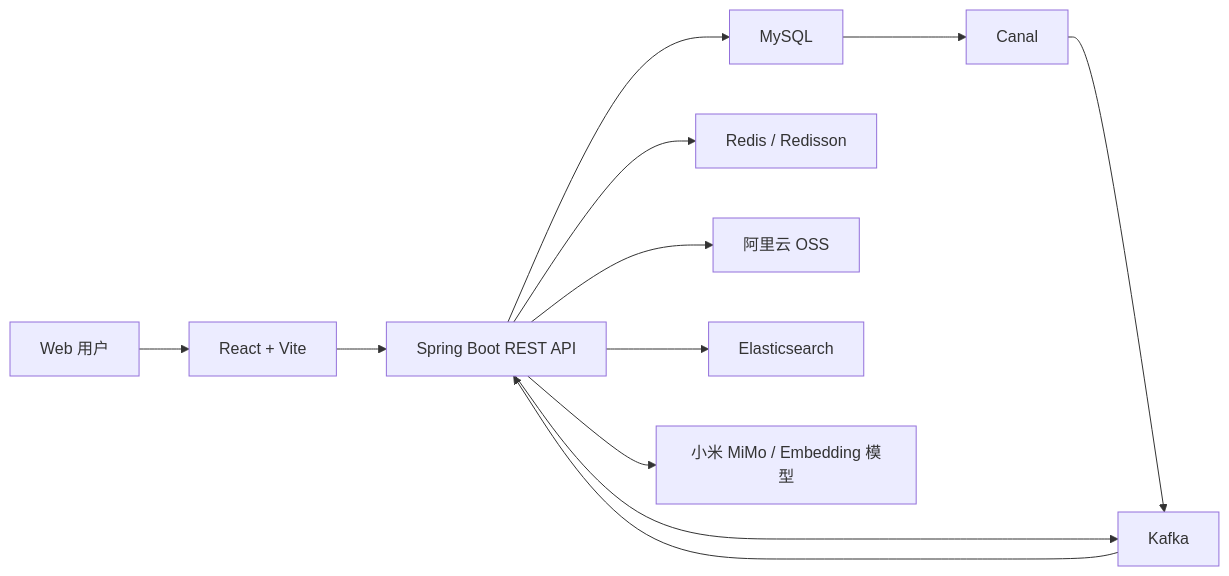
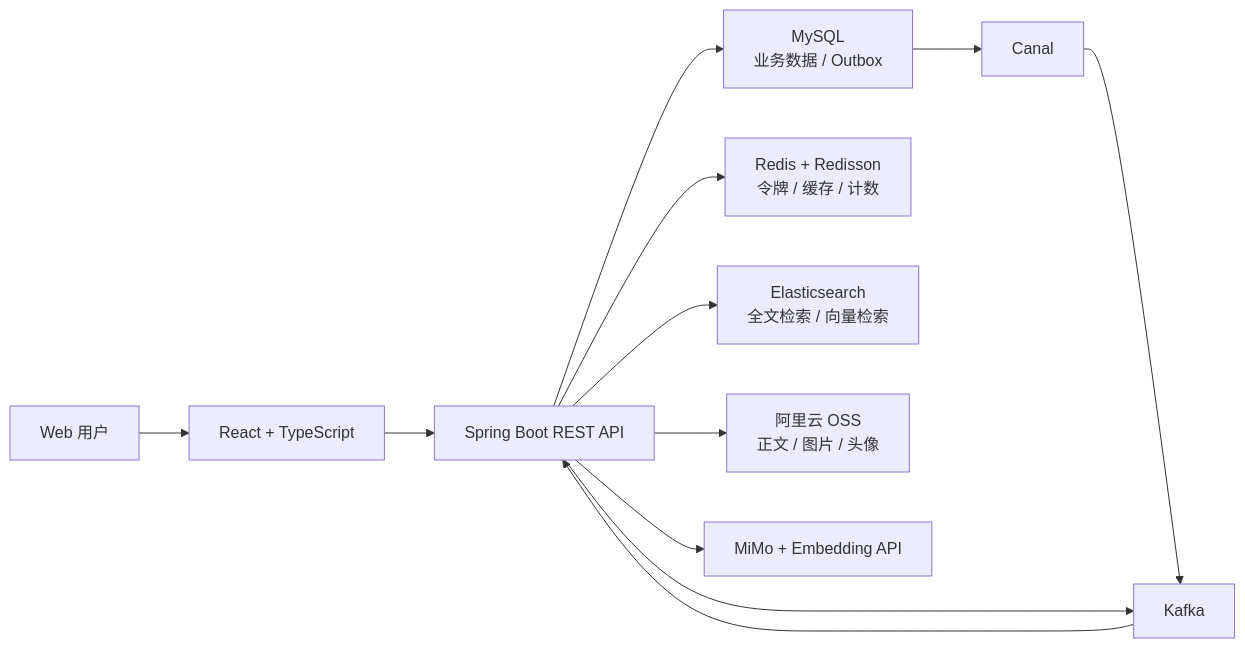
One commit to liyimil/ZhiMai changed the first of 3 diagrams in README.md. Above: the diagram before and after it, drawn with Mermaid. The commit also changed other lines of this file, not shown here.

````diff
--- a/README.md
+++ b/README.md
@@ -20,14 +31,16 @@
 ```mermaid
 flowchart LR
-    U["Web 用户"] --> FE["React + Vite"]
+    USER["Web 用户"] --> FE["React + TypeScript"]
     FE --> API["Spring Boot REST API"]
-    API --> DB["MySQL"]
-    API --> REDIS["Redis / Redisson"]
-    API --> OSS["阿里云 OSS"]
-    API --> ES["Elasticsearch"]
-    API --> AI["小米 MiMo / Embedding 模型"]
-    DB --> CANAL["Canal"]
+
+    API --> MYSQL["MySQL<br/>业务数据 / Outbox"]
+    API --> REDIS["Redis + Redisson<br/>令牌 / 缓存 / 计数"]
+    API --> ES["Elasticsearch<br/>全文检索 / 向量检索"]
+    API --> OSS["阿里云 OSS<br/>正文 / 图片 / 头像"]
+    API --> LLM["MiMo + Embedding API"]
+
+    MYSQL --> CANAL["Canal"]
     CANAL --> KAFKA["Kafka"]
     API --> KAFKA
     KAFKA --> API
 ```
````
